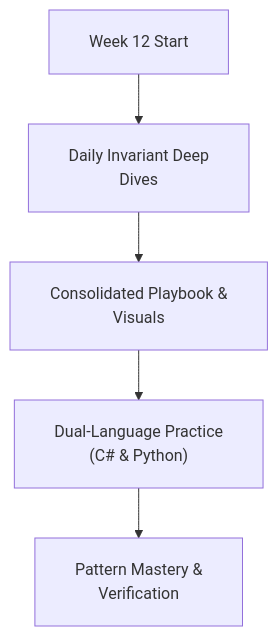
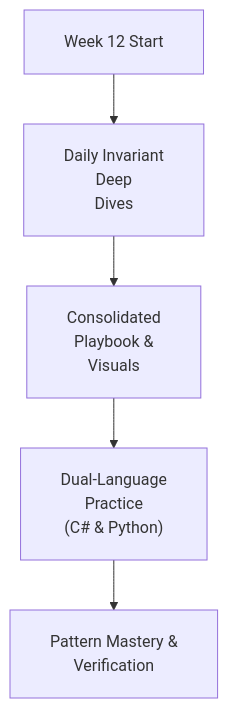
One commit to dip4k/DSA_102 changed the diagram in week_12_greedy_and_paradigms/README.md. Above: the diagram before and after it, drawn with Mermaid. The commit also changed 106 other files, not shown here.

First line of the commit message:
fix(mermaid): prevent text clipping with foreignObject overflow and tighter line wrapping

````diff
--- a/week_12_greedy_and_paradigms/README.md
+++ b/week_12_greedy_and_paradigms/README.md
@@ -16,8 +16,8 @@
 ```mermaid
-%%{init: {"flowchart": {"htmlLabels": true, "padding": 20}}}%%
+%%{init: {"flowchart": {"htmlLabels": true, "padding": 20}, "themeCSS": "foreignObject { overflow: visible !important; }"}}%%
 flowchart TD
-    Start["Week 12 Start"] --> Daily["Daily Invariant Deep<br/>Dives"]
-    Daily --> Playbook["Consolidated Playbook &<br/>Visuals"]
-    Playbook --> DualLang["Dual-Language Practice<br/>(C# & Python)"]
+    Start["Week 12 Start"] --> Daily["Daily Invariant<br/>Deep<br/>Dives"]
+    Daily --> Playbook["Consolidated<br/>Playbook &<br/>Visuals"]
+    Playbook --> DualLang["Dual-Language<br/>Practice<br/>(C# & Python)"]
     DualLang --> Mastery["Pattern Mastery &<br/>Verification"]
 ```
````
